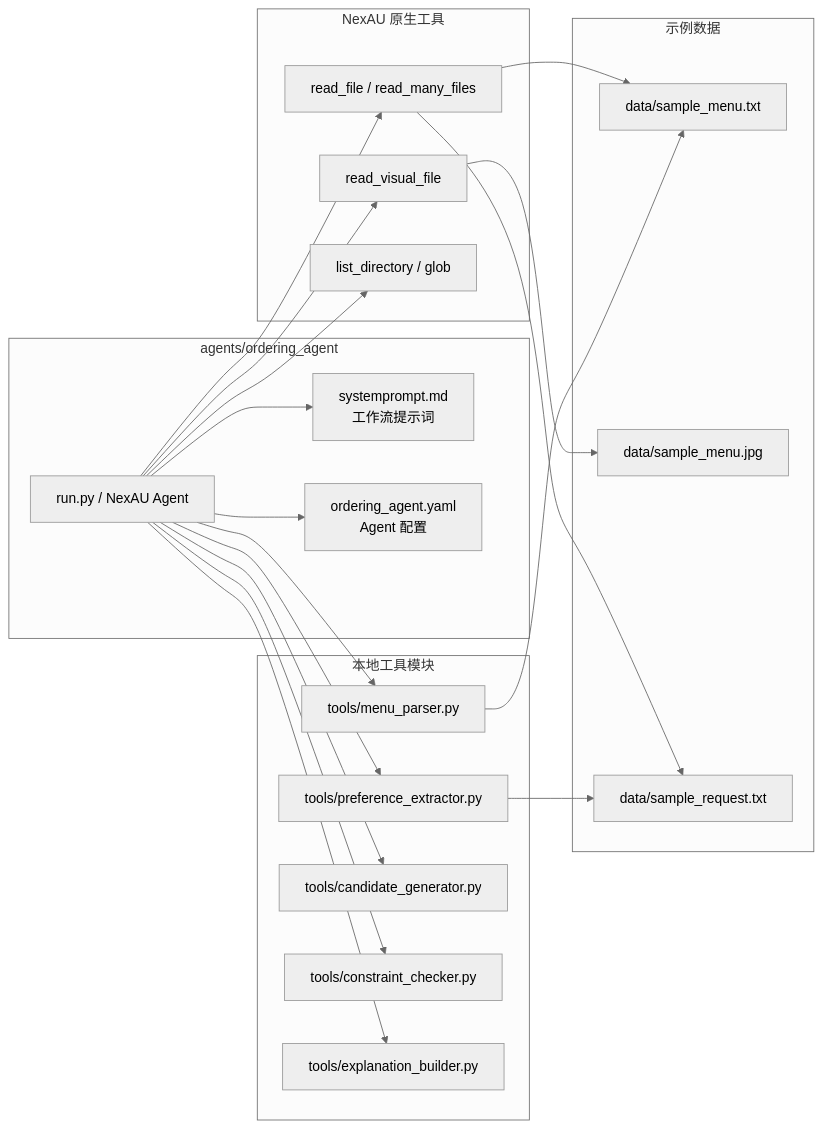
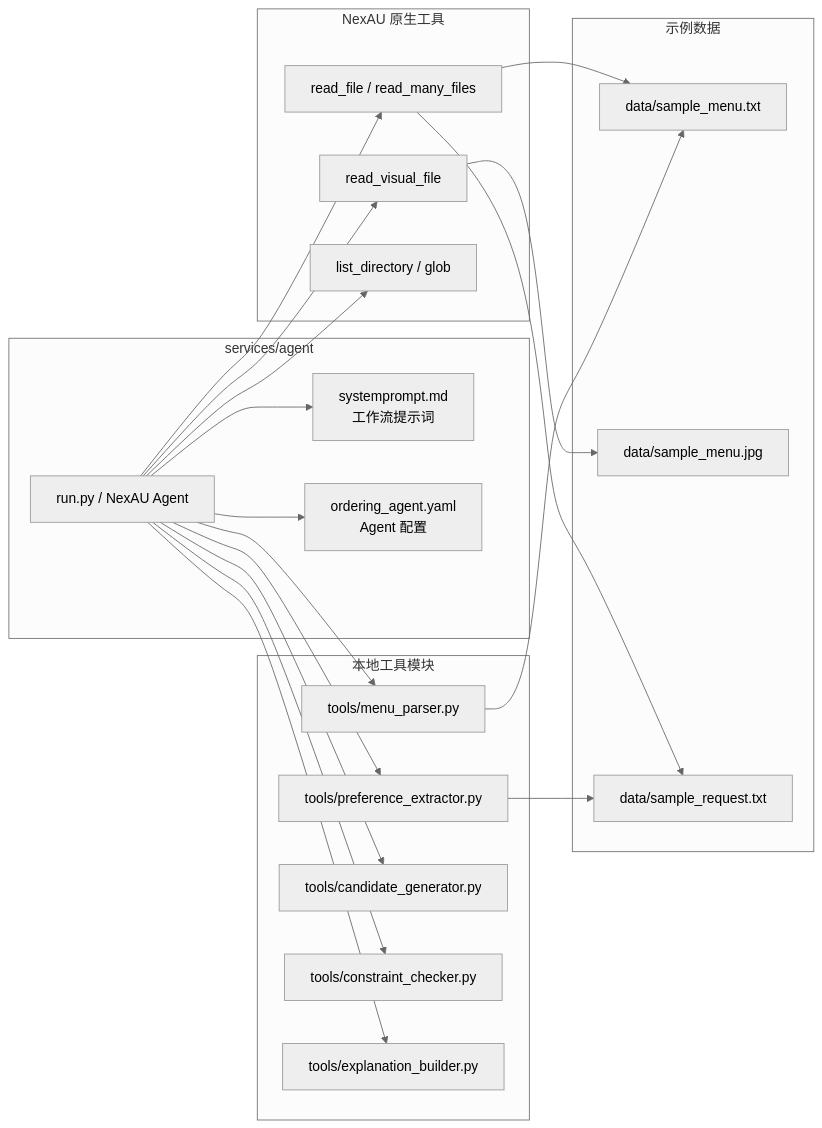
One commit to leoli-jpg/north-hackathon-team-5-ordering changed the third of 4 diagrams in docs/rfcs/0001-nexau-ordering-agent.md. Above: the diagram before and after it, drawn with Mermaid (neutral theme). The commit also changed other lines of this file and 8 other files, not shown here.

Commit message:
docs(rfc): mark NexAU ordering agent RFC implemented

````diff
--- a/docs/rfcs/0001-nexau-ordering-agent.md
+++ b/docs/rfcs/0001-nexau-ordering-agent.md
@@ -299,44 +299,44 @@
 ```mermaid
 flowchart LR
-    subgraph App["agents/ordering_agent"]
+    subgraph App["services/agent"]
         Agent["run.py / NexAU Agent"]
         Prompt["systemprompt.md\n工作流提示词"]
         Config["ordering_agent.yaml\nAgent 配置"]
     end
 
     subgraph Native["NexAU 原生工具"]
         ReadFile["read_file / read_many_files"]
         ReadVisual["read_visual_file"]
         ListDir["list_directory / glob"]
     end
 
     subgraph Core["本地工具模块"]
         Parser["tools/menu_parser.py"]
         Extract["tools/preference_extractor.py"]
         Generate["tools/candidate_generator.py"]
         Check["tools/constraint_checker.py"]
         Explain["tools/explanation_builder.py"]
     end
 
     subgraph Data["示例数据"]
         Menu["data/sample_menu.txt"]
         Image["data/sample_menu.jpg"]
         Case["data/sample_request.txt"]
     end
 
     Agent --> Config
     Agent --> Prompt
     Agent --> ReadFile
     Agent --> ReadVisual
     Agent --> ListDir
     Agent --> Parser
     Agent --> Extract
     Agent --> Generate
     Agent --> Check
     Agent --> Explain
     ReadFile --> Menu
     ReadFile --> Case
     ReadVisual --> Image
     Parser --> Menu
     Extract --> Case
 ```
````
